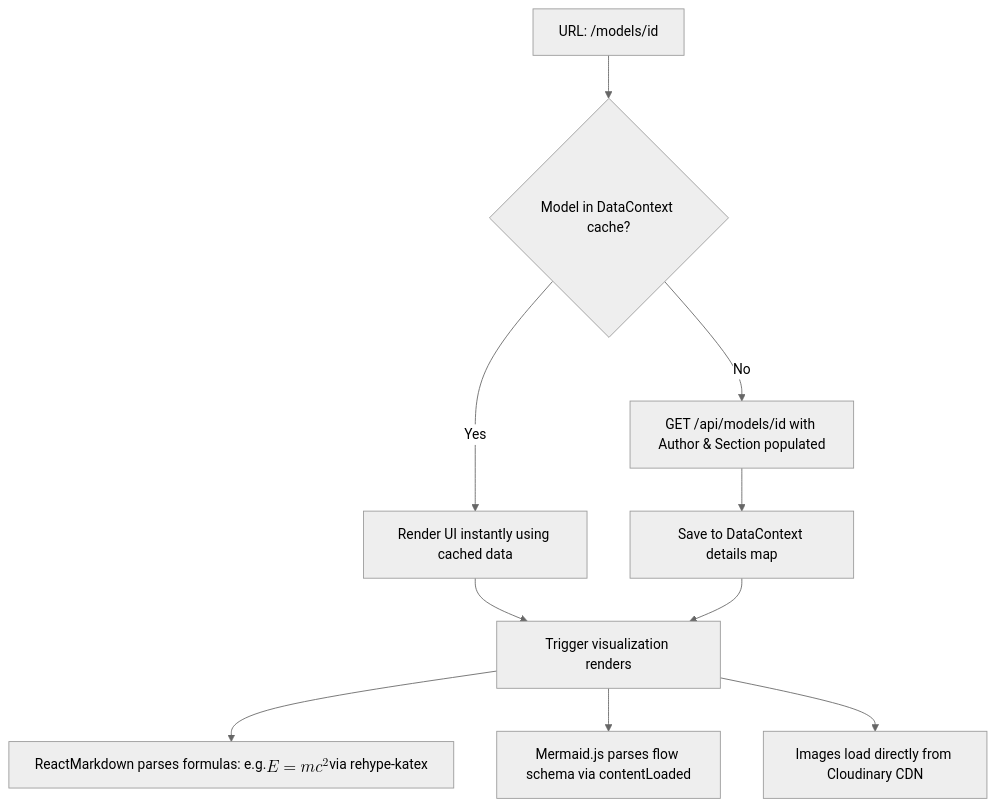
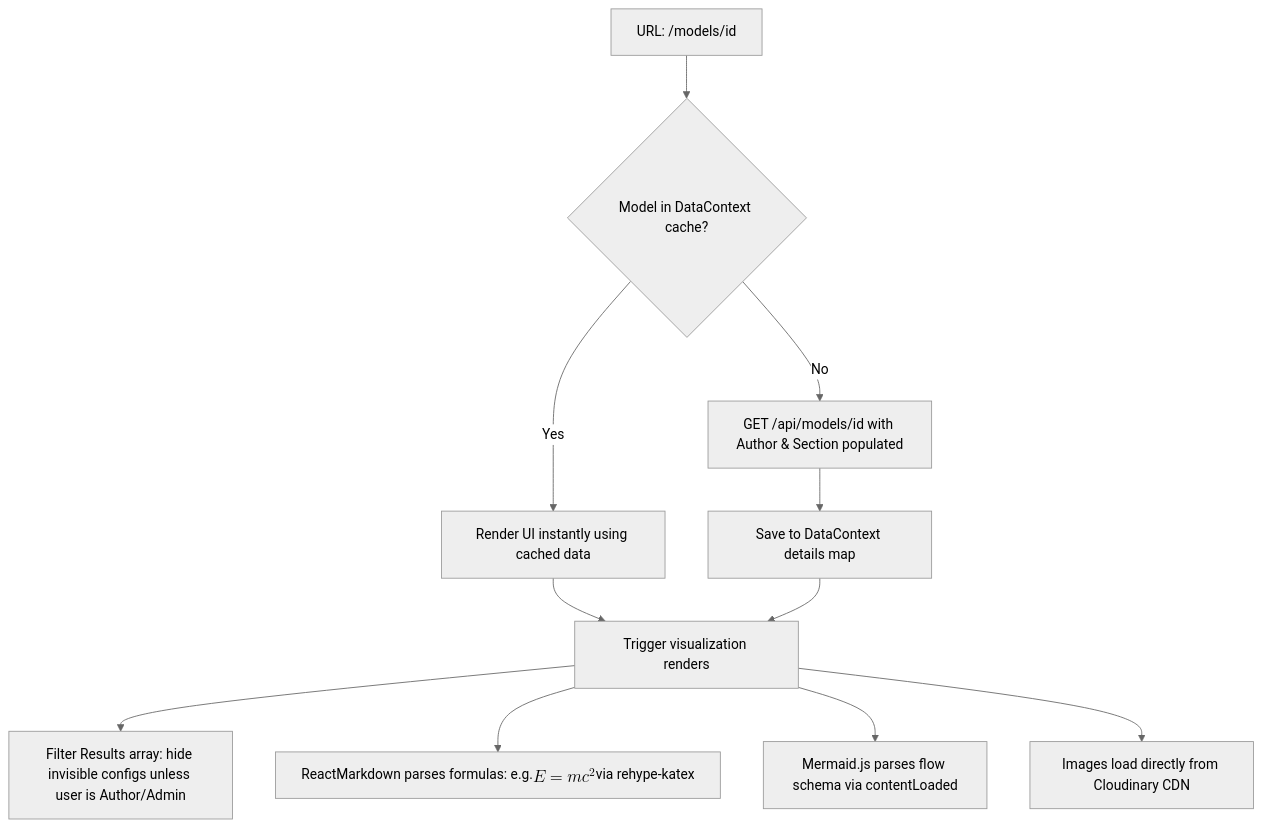
The fifth of 8 diagrams in DATA_FLOW.md (Asadullah-Imran/FYDP-LeaderBoard-NextJS), drawn with Mermaid (neutral theme) before and after one commit. The commit also changed other lines of this file and 1 other file, not shown here.

````diff
--- a/DATA_FLOW.md
+++ b/DATA_FLOW.md
@@ -210,13 +214,14 @@
 ```mermaid
 graph TD
   UrlParam[URL: /models/id] --> CacheCheck{Model in DataContext cache?}
   CacheCheck -- Yes --> RenderInstant[Render UI instantly using cached data]
   CacheCheck -- No --> FetchAPI[GET /api/models/id with Author & Section populated]
   FetchAPI --> UpdateCache[Save to DataContext details map]
   RenderInstant --> InitVisuals[Trigger visualization renders]
   UpdateCache --> InitVisuals
   
+  InitVisuals --> FilterResults[Filter Results array: hide invisible configs unless user is Author/Admin]
   InitVisuals --> MarkdownMath[ReactMarkdown parses formulas: e.g. $$E=mc^2$$ via rehype-katex]
   InitVisuals --> MermaidParse[Mermaid.js parses flow schema via contentLoaded]
   InitVisuals --> LoadGallery[Images load directly from Cloudinary CDN]
 ```
````
